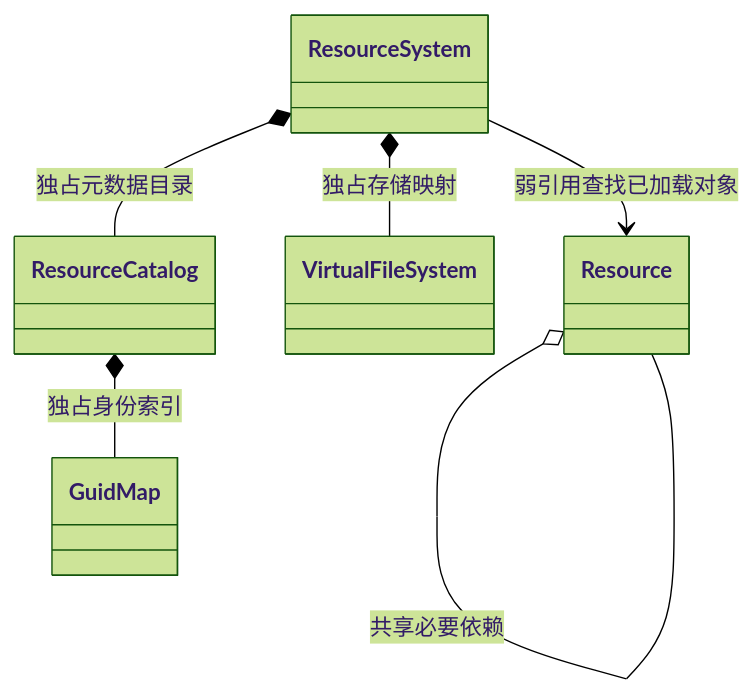
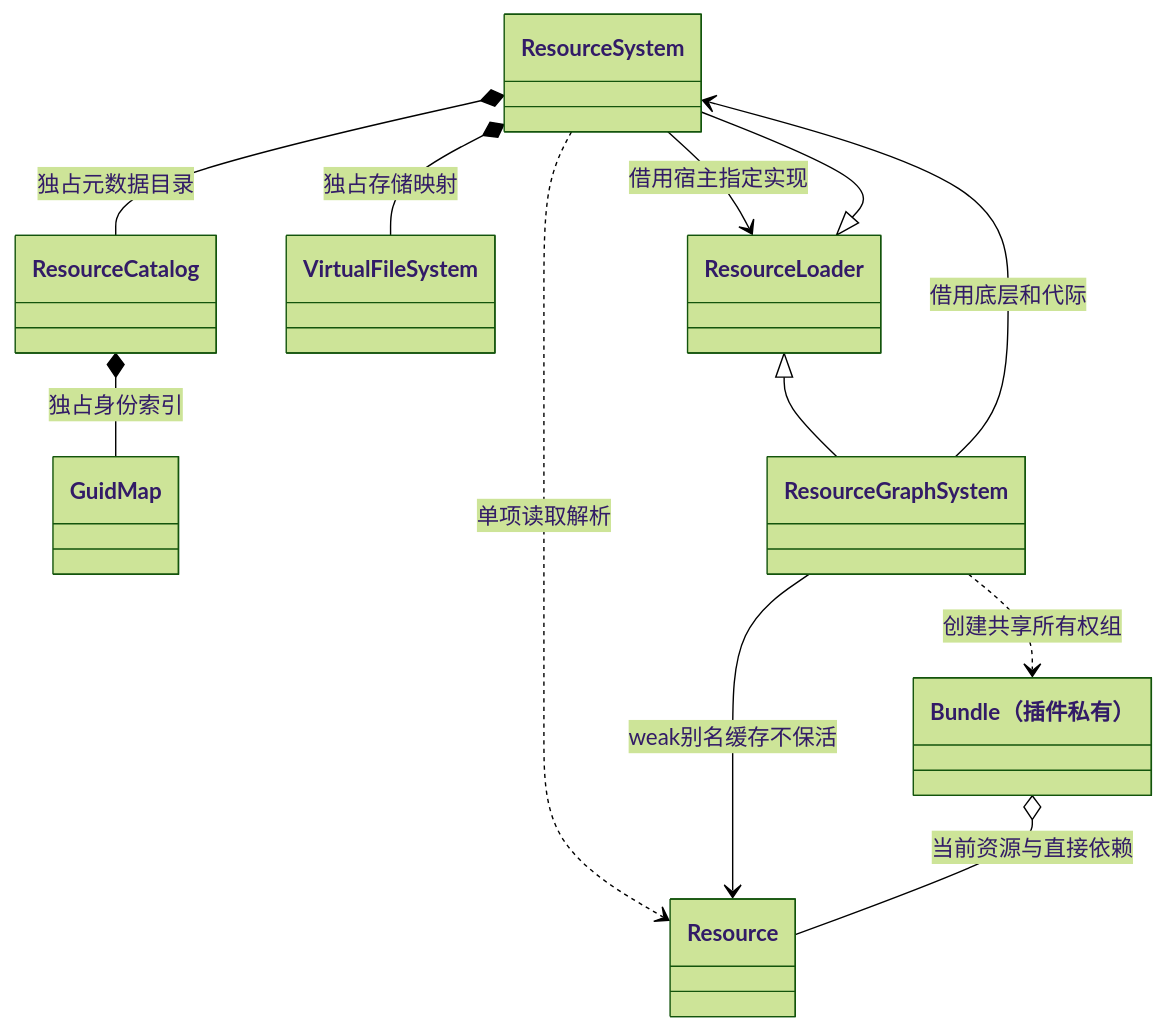
One commit to lcals/Engine changed diagram 25 of 27 in docs/class-diagrams/references.md. Above: the diagram before and after it, drawn with Mermaid (forest theme). The commit also changed other lines of this file and 194 other files, not shown here.

````diff
--- a/docs/class-diagrams/references.md
+++ b/docs/class-diagrams/references.md
@@ -665,14 +673,23 @@
 ```mermaid
 classDiagram
     direction TB
     class ResourceSystem
     class ResourceCatalog
     class GuidMap
     class VirtualFileSystem
     class Resource
     ResourceSystem *-- ResourceCatalog : 独占元数据目录
     ResourceCatalog *-- GuidMap : 独占身份索引
     ResourceSystem *-- VirtualFileSystem : 独占存储映射
-    ResourceSystem --> Resource : 弱引用查找已加载对象
-    Resource o-- Resource : 共享必要依赖
+    class ResourceLoader
+    class ResourceGraphSystem
+    class ResourceBundle["Bundle（插件私有）"]
+    ResourceLoader <|-- ResourceSystem
+    ResourceLoader <|-- ResourceGraphSystem
+    ResourceSystem --> ResourceLoader : 借用宿主指定实现
+    ResourceSystem ..> Resource : 单项读取解析
+    ResourceGraphSystem --> ResourceSystem : 借用底层和代际
+    ResourceGraphSystem --> Resource : weak别名缓存不保活
+    ResourceBundle o-- Resource : 当前资源与直接依赖
+    ResourceGraphSystem ..> ResourceBundle : 创建共享所有权组
 ```
````
